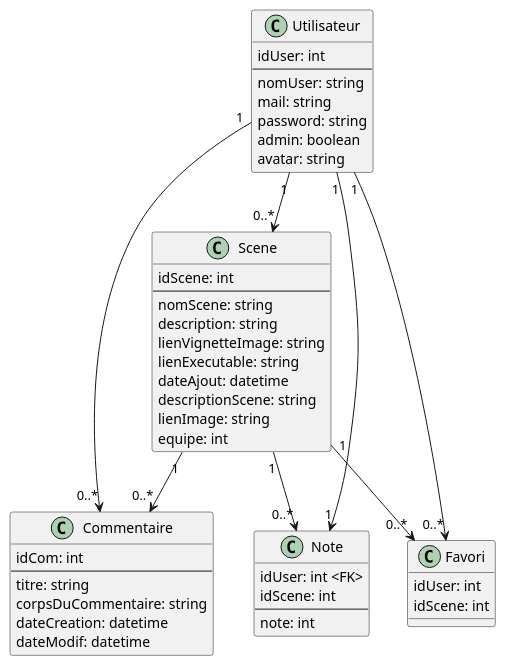
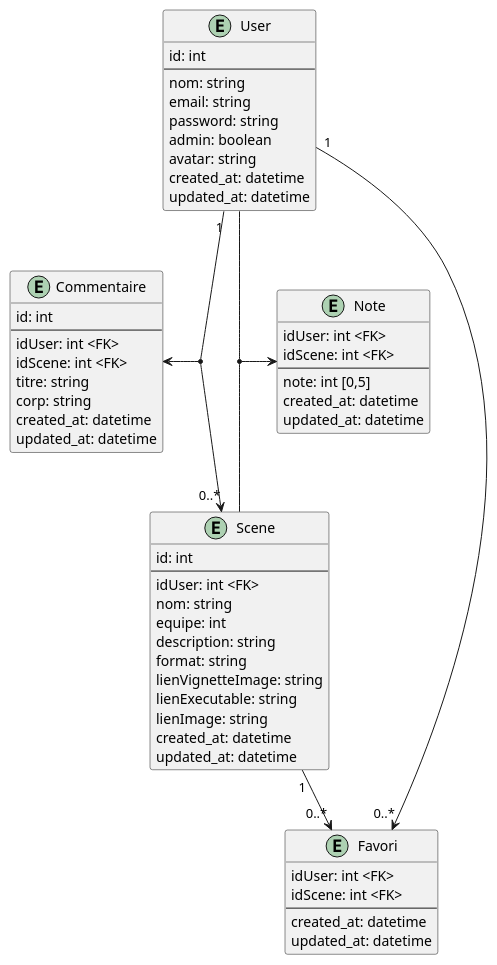
Before and after one commit to RayzerDev/RayTracer-WebSite: the diagram in diag_mld.plantuml, drawn with PlantUML. The commit also changed 1 other file, not shown here.

Commit message:
Correction de l'UML

```diff
--- a/diag_mld.plantuml
+++ b/diag_mld.plantuml
@@ -1,57 +1,65 @@
 @startuml
 
 
-class Scene {
-  idScene: int
+entity Scene {
+  id: int
   --
-  nomScene: string
+  idUser: int <FK>
+  nom: string
+  equipe: int
   description: string
+  format: string
   lienVignetteImage: string
   lienExecutable: string
-  dateAjout: datetime
-  descriptionScene: string
   lienImage: string
-  equipe: int
+  created_at: datetime
+  updated_at: datetime
 }
 
-class Utilisateur {
-  idUser: int
+entity User {
+  id: int
   --
-  nomUser: string
-  mail: string
+  nom: string
+  email: string
   password: string
   admin: boolean
   avatar: string
+created_at: datetime
+updated_at: datetime
 }
 
-class Commentaire {
-  idCom: int
+entity Commentaire {
+  id: int
   --
+    idUser: int <FK>
+    idScene: int <FK>
   titre: string
-  corpsDuCommentaire: string
-  dateCreation: datetime
-  dateModif: datetime
+  corp: string
+  created_at: datetime
+  updated_at: datetime
 }
 
-class Note{
+entity Note{
   idUser: int <FK>
-  idScene: int
+  idScene: int <FK>
   --
-  note: int
+  note: int [0,5]
+  created_at: datetime
+  updated_at: datetime
 }
 
-class Favori {
-  idUser: int
-  idScene: int
+entity Favori {
+  idUser: int <FK>
+  idScene: int <FK>
+  --
+    created_at: datetime
+    updated_at: datetime
 }
 
-Utilisateur "1" --> "0..*" Scene
-Utilisateur "1" --> "0..*" Commentaire
-Utilisateur "1" --> "1" Note
-Utilisateur "1" --> "0..*" Favori
-
-Scene "1" --> "0..*" Commentaire
+User "1" --> "0..*" Scene
+(User,Scene)  -->  Commentaire
+(User,Scene)  --> Note
+User "1" --> "0..*" Favori
 Scene "1" --> "0..*" Favori
-Scene "1" --> "0..*" Note
 
 @enduml
```
